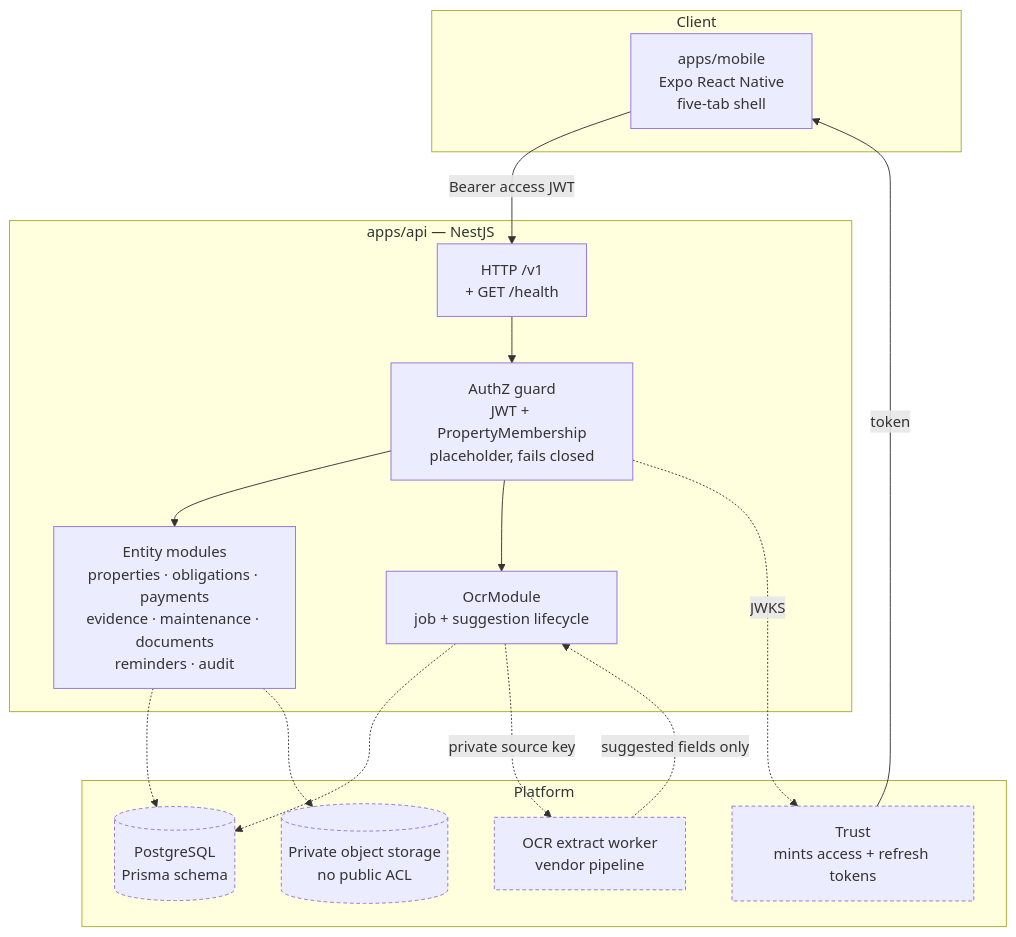
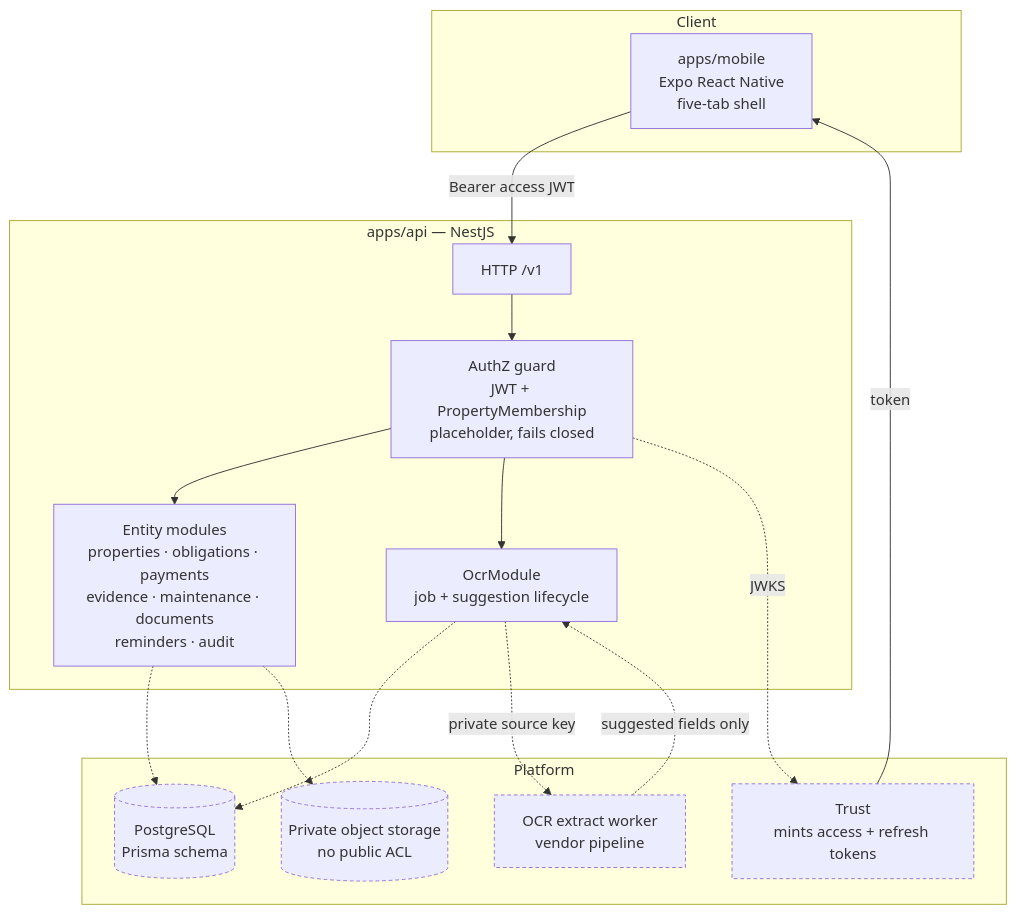
The first of 3 diagrams in docs/ARCHITECTURE.md (VahagnCh/property-control), drawn with Mermaid before and after one commit. The commit also changed other lines of this file and 39 other files, not shown here.

````diff
--- a/docs/ARCHITECTURE.md
+++ b/docs/ARCHITECTURE.md
@@ -7,35 +7,35 @@
 ```mermaid
 flowchart TB
   subgraph client["Client"]
     mobile["apps/mobile<br/>Expo React Native<br/>five-tab shell"]
   end
 
   subgraph backend["apps/api — NestJS"]
-    http["HTTP /v1<br/>+ GET /health"]
+    http["HTTP /v1"]
     guard["AuthZ guard<br/>JWT + PropertyMembership<br/>placeholder, fails closed"]
     modules["Entity modules<br/>properties · obligations · payments<br/>evidence · maintenance · documents<br/>reminders · audit"]
     ocr["OcrModule<br/>job + suggestion lifecycle"]
   end
 
   subgraph external["Platform"]
     trust["Trust<br/>mints access + refresh tokens"]
     db[("PostgreSQL<br/>Prisma schema")]
     objects[("Private object storage<br/>no public ACL")]
     worker["OCR extract worker<br/>vendor pipeline"]
   end
 
   mobile -->|"Bearer access JWT"| http
   trust -->|"token"| mobile
   http --> guard
   guard --> modules
   guard --> ocr
   guard -.->|"JWKS"| trust
   modules -.-> db
   modules -.-> objects
   ocr -.-> db
   ocr -.->|"private source key"| worker
   worker -.->|"suggested fields only"| ocr
 
   classDef unbuilt stroke-dasharray: 4 3
   class db,objects,worker,trust unbuilt
 ```
````
